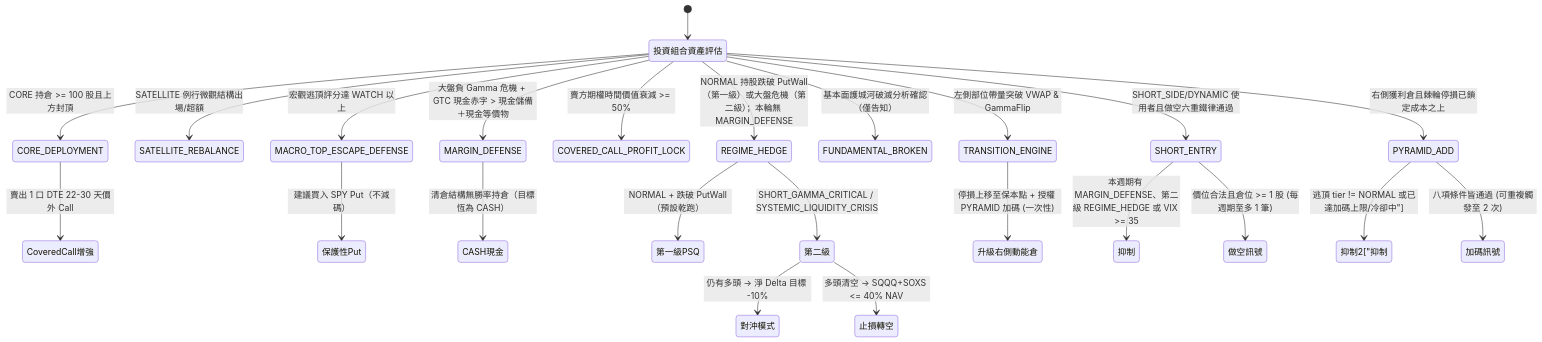
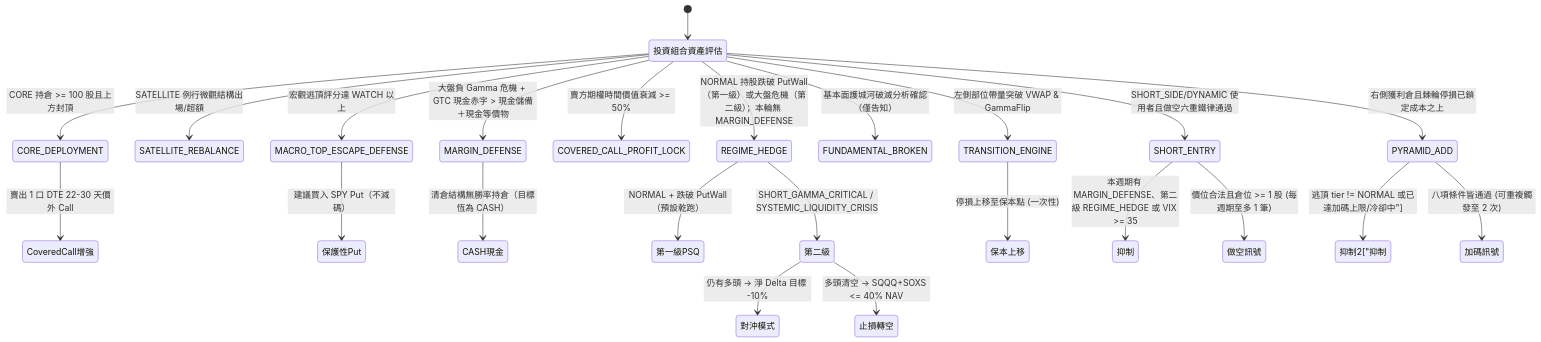
Before and after one commit to cosmo-chang-1701/nexus-seeker: the first of 2 diagrams in docs/strategies/04_dynamic_rollover_state_machine.md, drawn with Mermaid. The commit also changed other lines of this file and 3 other files, not shown here.

Commit message:
sop(transition-path1-no-pyramid): 路徑1 不再授權 OPEN_PYRAMID，僅保本上移 (#207)

````diff
--- a/docs/strategies/04_dynamic_rollover_state_machine.md
+++ b/docs/strategies/04_dynamic_rollover_state_machine.md
@@ -197,34 +197,34 @@
 ```mermaid
 stateDiagram-v2
     [*] --> 投資組合資產評估
 
     投資組合資產評估 --> CORE_DEPLOYMENT: CORE 持倉 >= 100 股且上方封頂
     投資組合資產評估 --> SATELLITE_REBALANCE: SATELLITE 例行微觀結構出場/超額
     投資組合資產評估 --> MARGIN_DEFENSE: 大盤負 Gamma 危機 + GTC 現金赤字 > 現金儲備＋現金等價物
     投資組合資產評估 --> REGIME_HEDGE: NORMAL 持股跌破 PutWall（第一級）或大盤危機（第二級）；本輪無 MARGIN_DEFENSE
     投資組合資產評估 --> COVERED_CALL_PROFIT_LOCK: 賣方期權時間價值衰減 >= 50%
     投資組合資產評估 --> MACRO_TOP_ESCAPE_DEFENSE: 宏觀逃頂評分達 WATCH 以上
     投資組合資產評估 --> FUNDAMENTAL_BROKEN: 基本面護城河破滅分析確認（僅告知）
     投資組合資產評估 --> TRANSITION_ENGINE: 左側部位帶量突破 VWAP & GammaFlip
     投資組合資產評估 --> SHORT_ENTRY: SHORT_SIDE/DYNAMIC 使用者且做空六重鐵律通過
     投資組合資產評估 --> PYRAMID_ADD: 右側獲利倉且棘輪停損已鎖定成本之上
 
     CORE_DEPLOYMENT --> CoveredCall增強: 賣出 1 口 DTE 22-30 天價外 Call
 
     MACRO_TOP_ESCAPE_DEFENSE --> 保護性Put: 建議買入 SPY Put（不減碼）
 
     MARGIN_DEFENSE --> CASH現金: 清倉結構無勝率持倉（目標恆為 CASH）
 
     REGIME_HEDGE --> 第一級PSQ: NORMAL + 跌破 PutWall（預設乾跑）
     REGIME_HEDGE --> 第二級: SHORT_GAMMA_CRITICAL / SYSTEMIC_LIQUIDITY_CRISIS
     第二級 --> 對沖模式: 仍有多頭 → 淨 Delta 目標 -10%
     第二級 --> 止損轉空: 多頭清空 → SQQQ+SOXS <= 40% NAV
 
-    TRANSITION_ENGINE --> 升級右側動能倉: 停損上移至保本點 + 授權 PYRAMID 加碼 (一次性)
+    TRANSITION_ENGINE --> 保本上移: 停損上移至保本點 (一次性)
 
     SHORT_ENTRY --> 抑制: 本週期有 MARGIN_DEFENSE、第二級 REGIME_HEDGE 或 VIX >= 35
     SHORT_ENTRY --> 做空訊號: 價位合法且倉位 >= 1 股 (每週期至多 1 筆)
 
     PYRAMID_ADD --> 抑制2["抑制: 逃頂 tier != NORMAL 或已達加碼上限/冷卻中"]
     PYRAMID_ADD --> 加碼訊號: 八項條件皆通過 (可重複觸發至 2 次)
 ```
````
